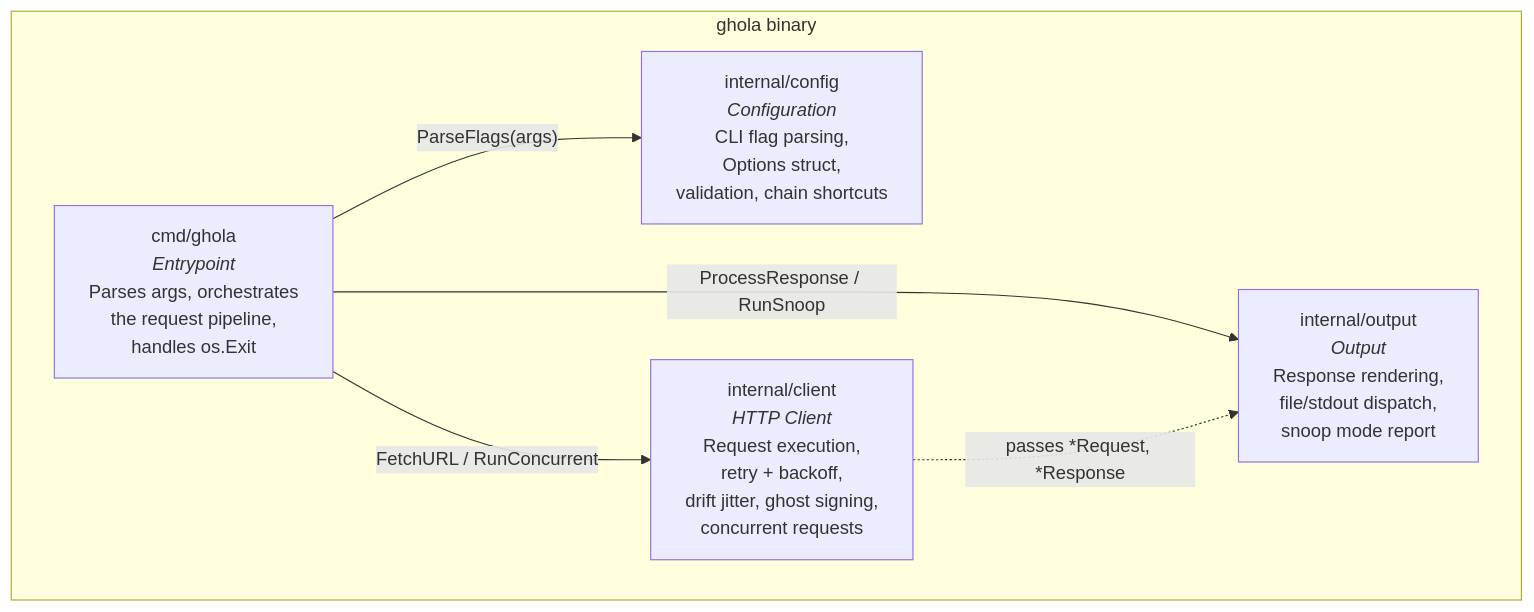
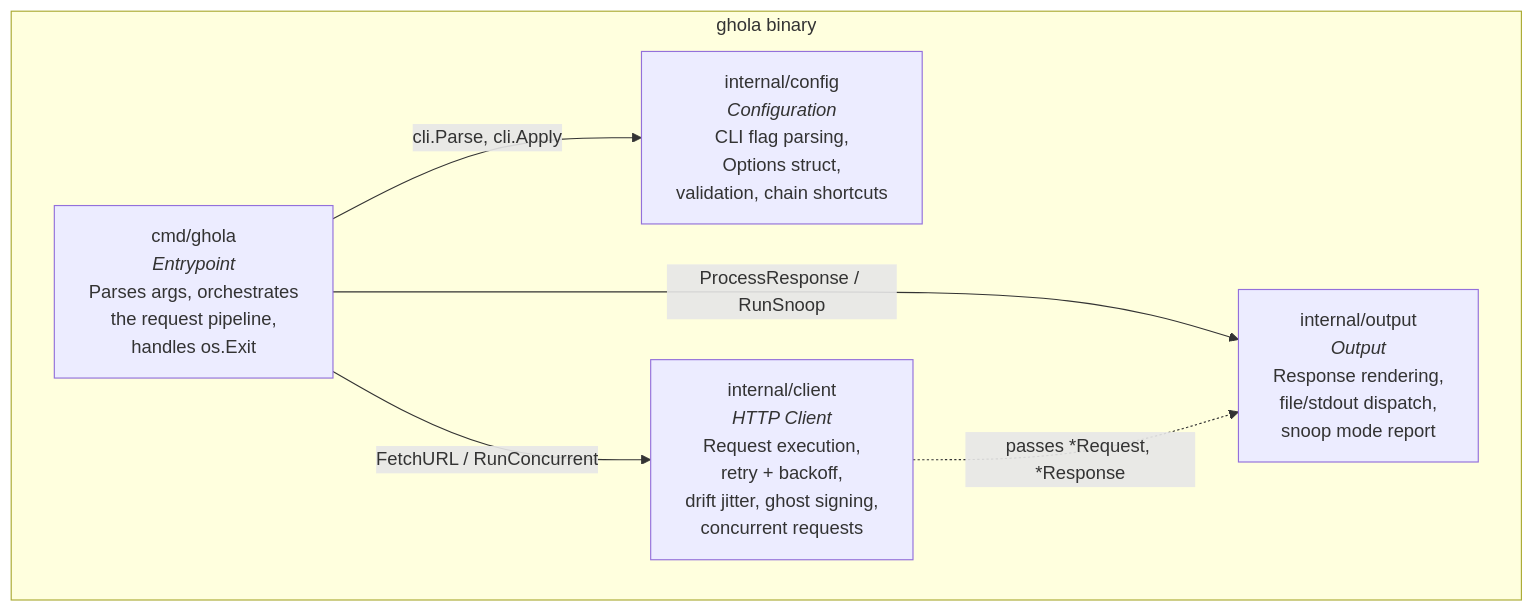
The diagram in docs/architecture/c4-component.md (robot-accomplice/ghola), drawn with Mermaid before and after one commit. The commit also changed other lines of this file and 14 other files, not shown here.

````diff
--- a/docs/architecture/c4-component.md
+++ b/docs/architecture/c4-component.md
@@ -5,17 +5,17 @@
 ```mermaid
 graph TB
     subgraph binary ["ghola binary"]
         cmd["cmd/ghola<br/><i>Entrypoint</i><br/>Parses args, orchestrates<br/>the request pipeline,<br/>handles os.Exit"]
 
         cfg["internal/config<br/><i>Configuration</i><br/>CLI flag parsing,<br/>Options struct,<br/>validation, chain shortcuts"]
 
         client["internal/client<br/><i>HTTP Client</i><br/>Request execution,<br/>retry + backoff,<br/>drift jitter, ghost signing,<br/>concurrent requests"]
 
         output["internal/output<br/><i>Output</i><br/>Response rendering,<br/>file/stdout dispatch,<br/>snoop mode report"]
     end
 
-    cmd -->|"ParseFlags(args)"| cfg
+    cmd -->|"cli.Parse, cli.Apply"| cfg
     cmd -->|"FetchURL / RunConcurrent"| client
     cmd -->|"ProcessResponse / RunSnoop"| output
     client -.->|"passes *Request, *Response"| output
 ```
````
